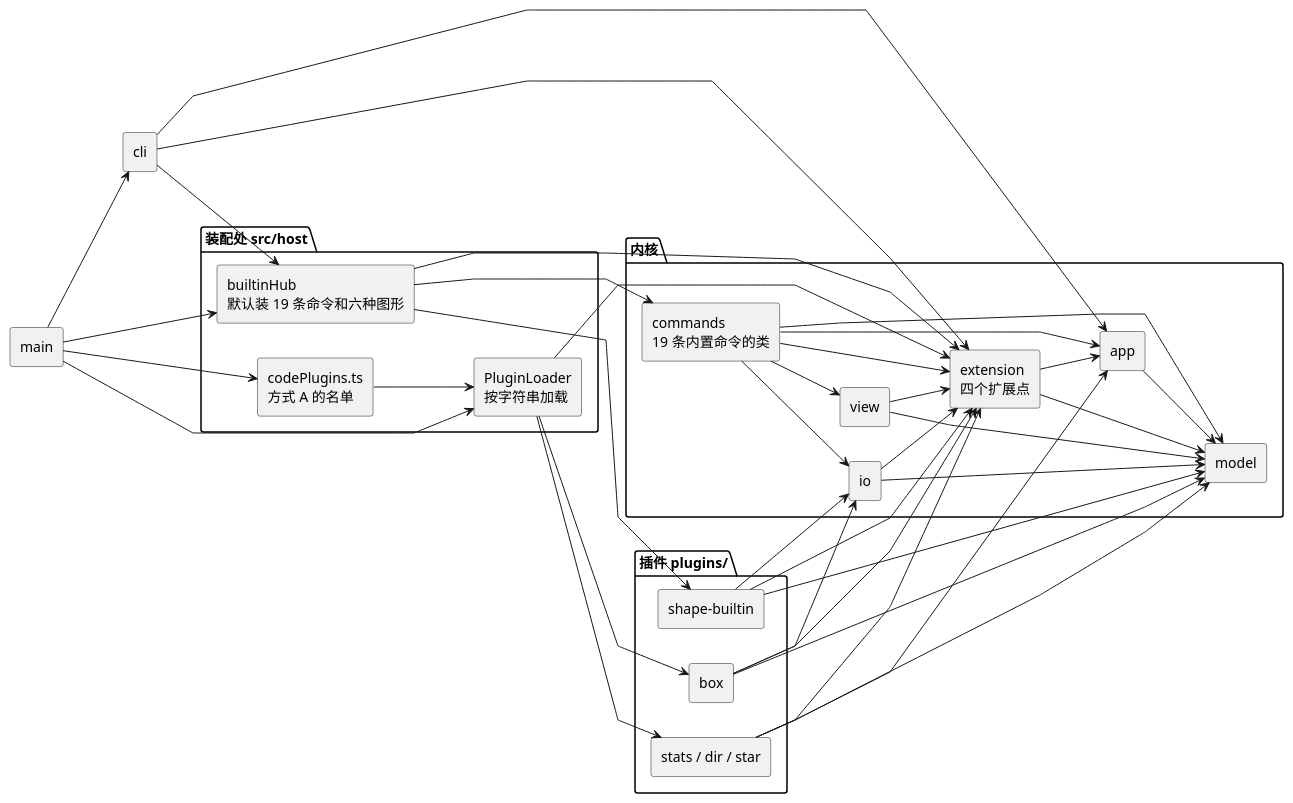
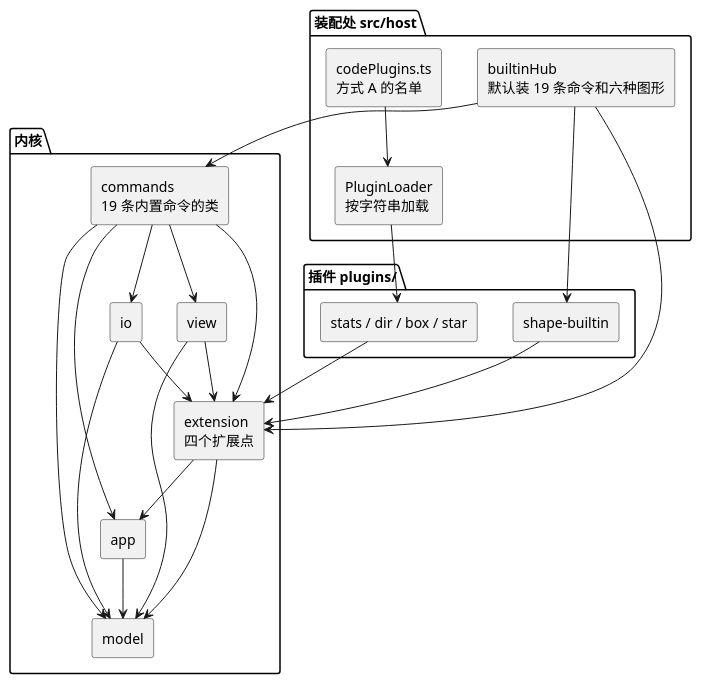
One commit to jcole666/svg-editor changed the second of 2 diagrams in doc/README.md. Above: the diagram before and after it, drawn with PlantUML. The commit also changed 1 other file, not shown here.

Commit message:
docs: 改回更简洁的 Phase 2 模块依赖图

````diff
--- a/doc/README.md
+++ b/doc/README.md
@@ -75,70 +75,45 @@
 ```plantuml
 @startuml
 skinparam componentStyle rectangle
-skinparam linetype polyline
-left to right direction
 
-component "main" as main
-component "cli" as cli
-
-package "装配处 src/host" as host {
-  component "codePlugins.ts\n方式 A 的名单" as code
-  component "PluginLoader\n按字符串加载" as loader
-  component "builtinHub\n默认装 19 条命令和六种图形" as boot
-}
-
-package "插件 plugins/" as plugins {
-  component "shape-builtin" as shapes
-  component "box" as boxp
-  component "stats / dir / star" as extra
-}
-
-package "内核" as kernel {
+package "内核" {
+  component "extension\n四个扩展点" as ext
   component "commands\n19 条内置命令的类" as cmd
   component "view" as view
   component "io" as io
-  component "extension\n四个扩展点" as ext
   component "app" as app
   component "model" as model
+  cmd --> ext
+  view --> ext
+  io --> ext
+  ext --> app
+  ext --> model
+  cmd --> app
+  cmd --> view
+  cmd --> io
+  cmd --> model
+  view --> model
+  io --> model
+  app --> model
 }
 
-main --> cli
-main --> boot
-main --> code
-main --> loader
-cli --> boot
-cli --> app
-cli --> ext
+package "装配处 src/host" {
+  component "builtinHub\n默认装 19 条命令和六种图形" as boot
+  component "PluginLoader\n按字符串加载" as loader
+  component "codePlugins.ts\n方式 A 的名单" as code
+}
+
+package "插件 plugins/" {
+  component "shape-builtin" as shapes
+  component "stats / dir / box / star" as extra
+}
 
 boot --> ext
 boot --> shapes
 boot --> cmd
 code --> loader
 loader --> extra
-loader --> boxp
-loader --> ext
-
 shapes --> ext
-shapes --> model
-shapes --> io
-boxp --> ext
-boxp --> model
-boxp --> io
 extra --> ext
-extra --> model
-extra --> app
-
-cmd --> ext
-view --> ext
-io --> ext
-ext --> app
-ext --> model
-cmd --> app
-cmd --> view
-cmd --> io
-cmd --> model
-view --> model
-io --> model
-app --> model
 @enduml
 ```
````
